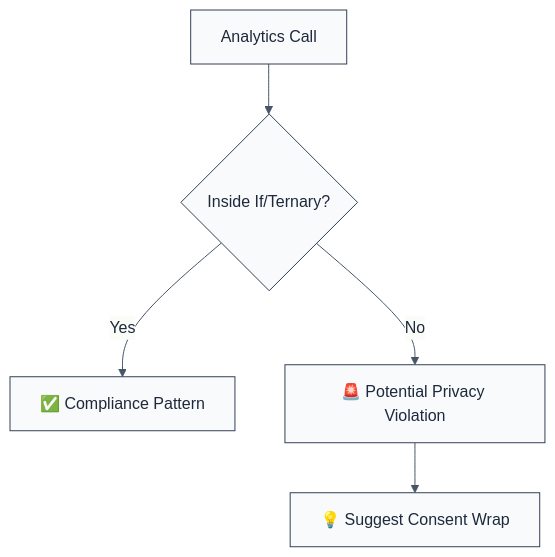
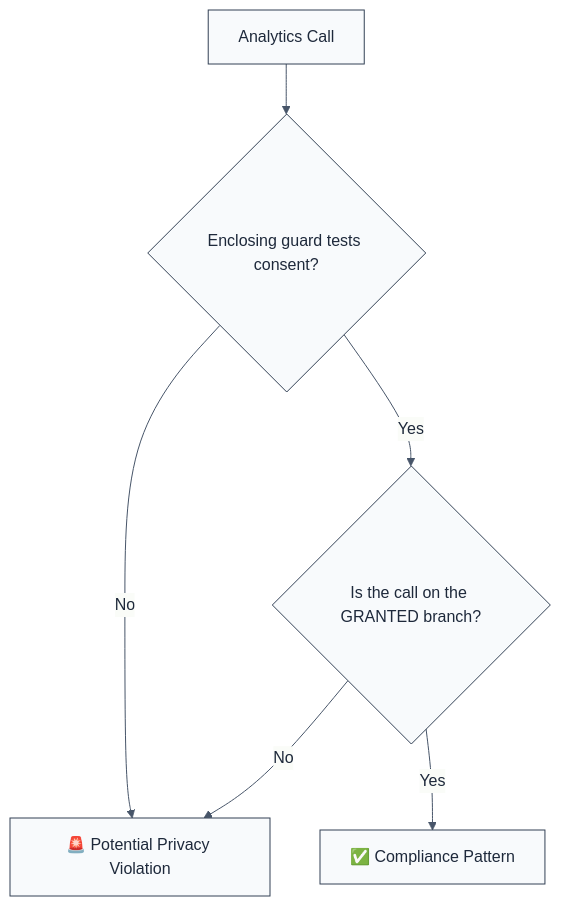
One commit to ofri-peretz/eslint changed the diagram in packages/eslint-plugin-browser-security/docs/rules/no-tracking-without-consent.md. Above: the diagram before and after it, drawn with Mermaid. The commit also changed other lines of this file and 55 other files, not shown here.

````diff
--- a/packages/eslint-plugin-browser-security/docs/rules/no-tracking-without-consent.md
+++ b/packages/eslint-plugin-browser-security/docs/rules/no-tracking-without-consent.md
@@ -62,20 +62,21 @@
 ```mermaid
 %%{init: {
   'theme': 'base',
   'themeVariables': {
     'primaryColor': '#f8fafc',
     'primaryTextColor': '#1e293b',
     'primaryBorderColor': '#334155',
     'lineColor': '#475569',
     'c0': '#f8fafc',
     'c1': '#f1f5f9',
     'c2': '#e2e8f0',
     'c3': '#cbd5e1'
   }
 }}%%
 flowchart TD
-    A[Analytics Call] --> B{Inside If/Ternary?}
-    B -->|Yes| C[✅ Compliance Pattern]
+    A[Analytics Call] --> B{Enclosing guard tests consent?}
     B -->|No| D[🚨 Potential Privacy Violation]
-    D --> E[💡 Suggest Consent Wrap]
+    B -->|Yes| C{Is the call on the GRANTED branch?}
+    C -->|Yes| E[✅ Compliance Pattern]
+    C -->|No| D
 ```
````
